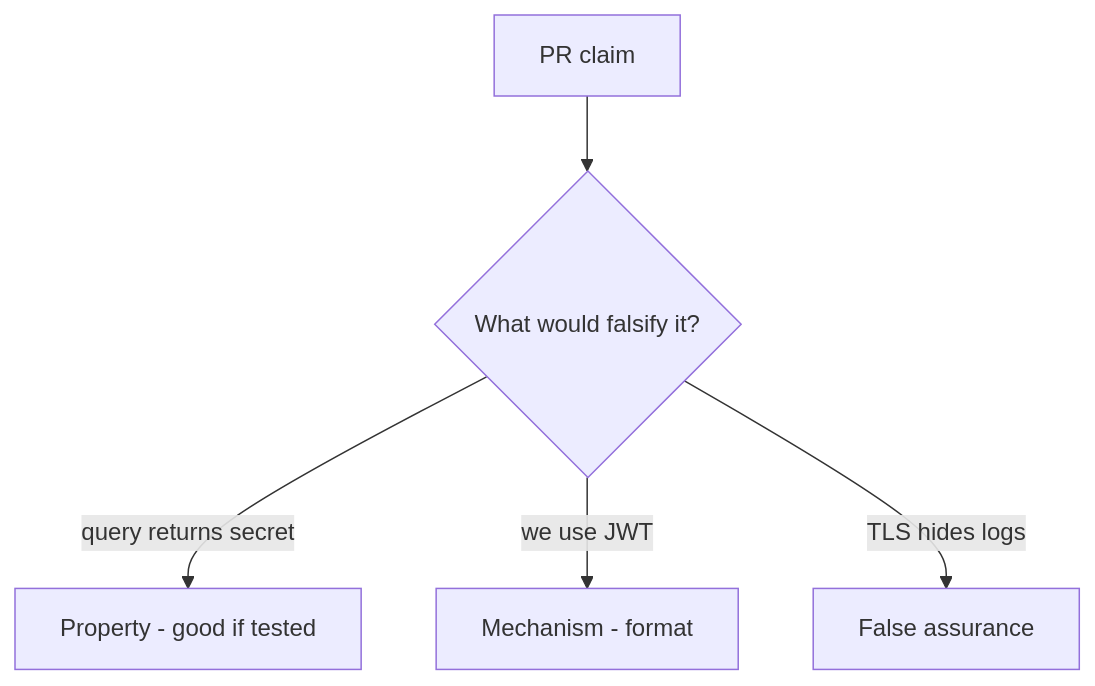
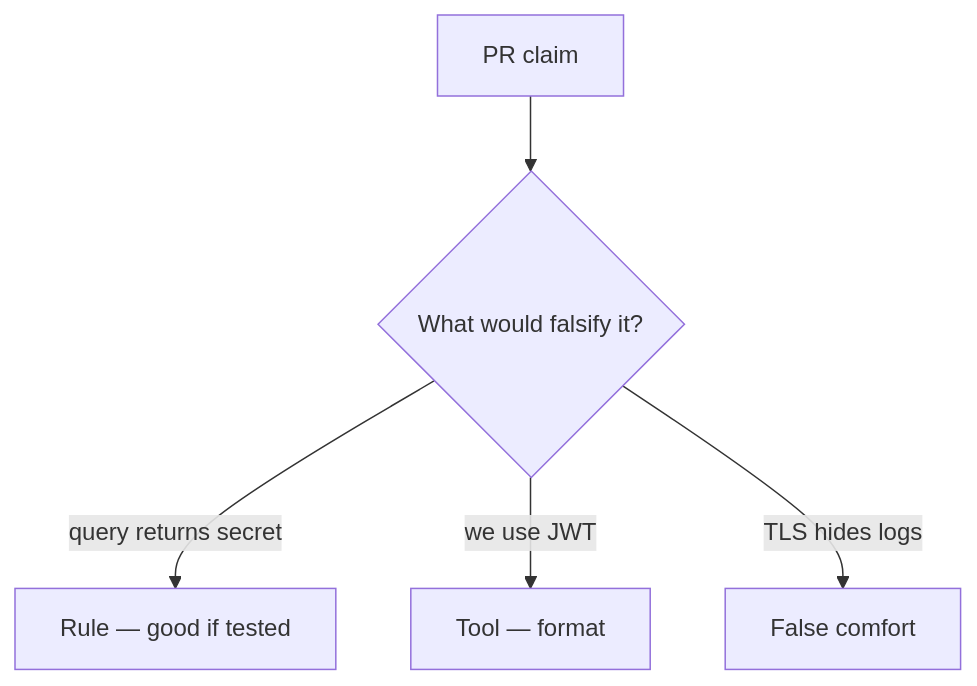
One commit to ishitvagoel/LearnSecurity changed the diagram in content/modules/4/4.3/lessons/08-review.md. Above: the diagram before and after it, drawn with Mermaid. The commit also changed other lines of this file and 39 other files, not shown here.

````diff
--- a/content/modules/4/4.3/lessons/08-review.md
+++ b/content/modules/4/4.3/lessons/08-review.md
@@ -17,7 +18,7 @@
 ```mermaid
 flowchart TD
   Claim[PR claim] --> Q{"What would falsify it?"}
-  Q -->|"query returns secret"| Property["Property - good if tested"]
-  Q -->|"we use JWT"| Mechanism[Mechanism - format]
-  Q -->|"TLS hides logs"| False[False assurance]
+  Q -->|"query returns secret"| Property["Rule — good if tested"]
+  Q -->|"we use JWT"| Mechanism[Tool — format]
+  Q -->|"TLS hides logs"| False[False comfort]
 ```
````
